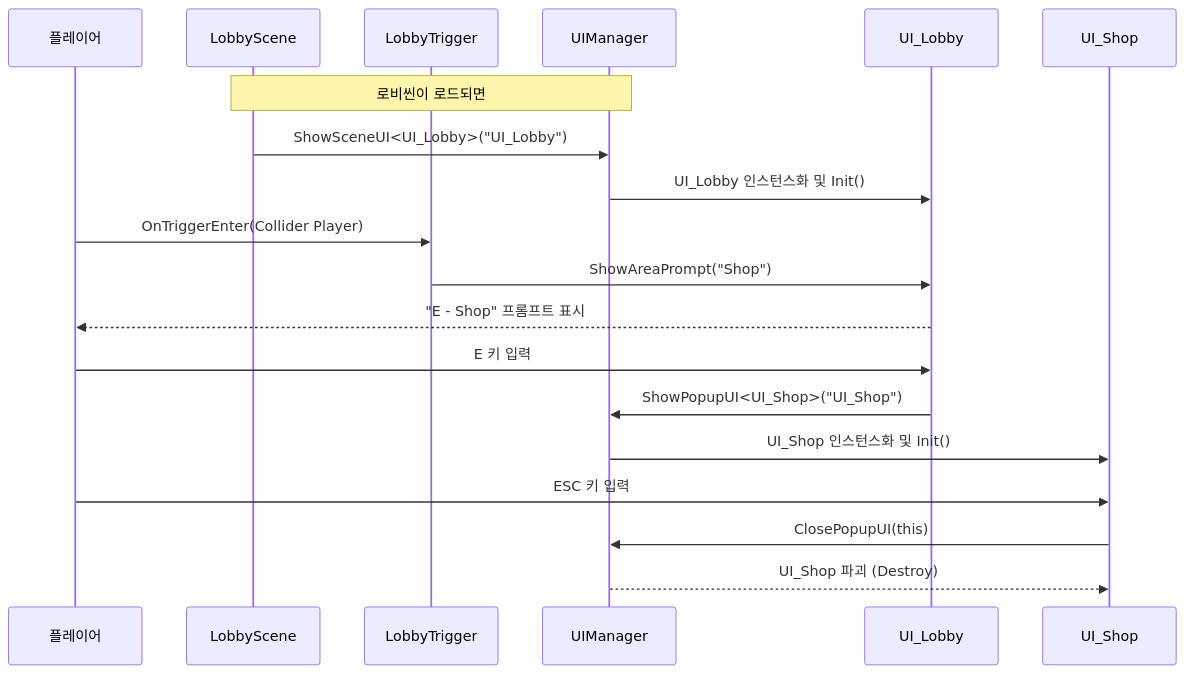
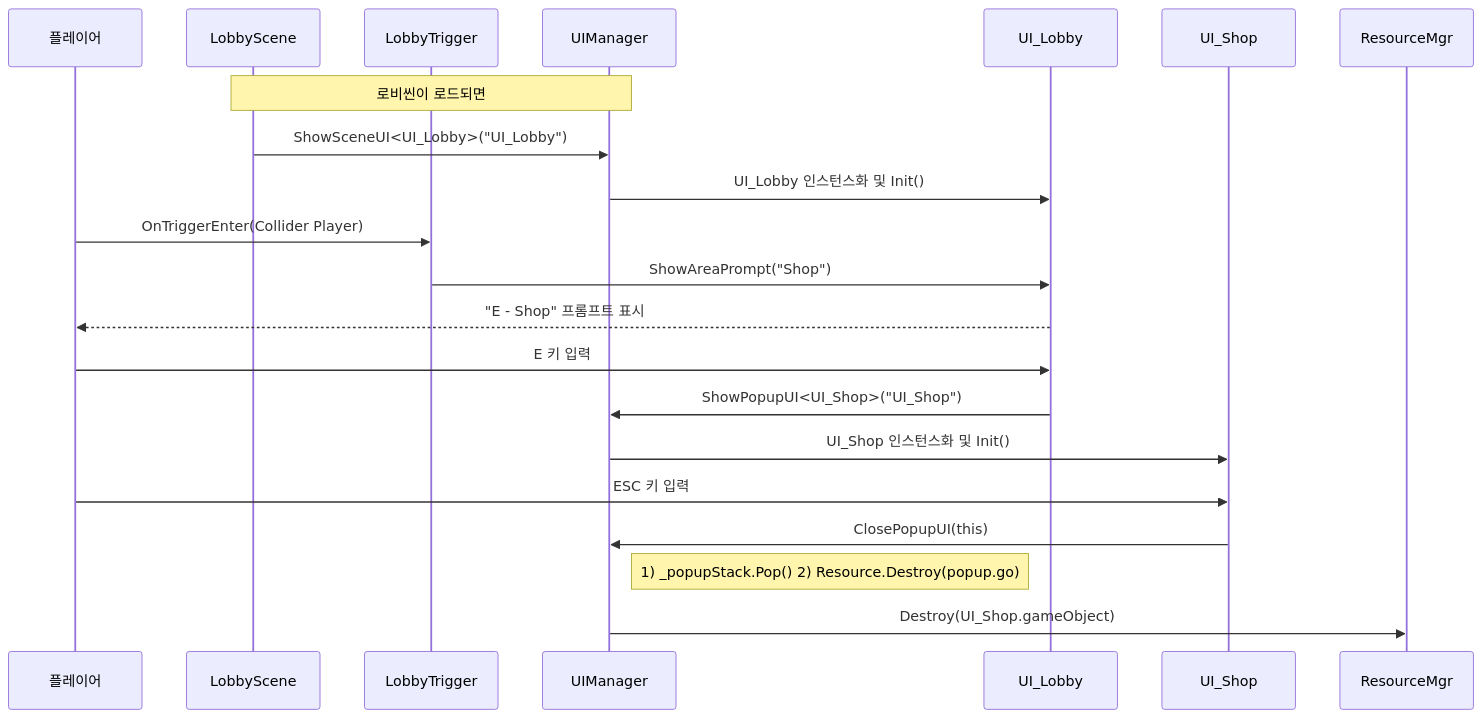
Before and after one commit to heejune1209/Just-climb-: the diagram in UI 시퀀스 다이어그램.md, drawn with Mermaid.

Commit message:
Update UI 시퀀스 다이어그램.md

````diff
--- a/UI 시퀀스 다이어그램.md
+++ b/UI 시퀀스 다이어그램.md
@@ -4,31 +4,32 @@
 ```mermaid
 sequenceDiagram
     %% 참여자 정의
     participant Player     as 플레이어
     participant LobbyScene as LobbyScene
     participant LobbyTrigger as LobbyTrigger
     participant UIManager  as UIManager
     participant UI_Lobby   as UI_Lobby
     participant UI_Shop    as UI_Shop
 
     %% 1) 로비 씬 로드 및 UI_Lobby 생성
     Note over LobbyScene, UIManager: 로비씬이 로드되면
     LobbyScene->>UIManager: ShowSceneUI<UI_Lobby>("UI_Lobby")
     UIManager->>UI_Lobby: UI_Lobby 인스턴스화 및 Init()
 
     %% 2) 플레이어가 Shop 영역에 진입
     Player->>LobbyTrigger: OnTriggerEnter(Collider Player)
     LobbyTrigger->>UI_Lobby: ShowAreaPrompt("Shop")
     UI_Lobby-->>Player: "E - Shop" 프롬프트 표시
 
     %% 3) 플레이어가 E 키 입력 → 상점 팝업 열기
     Player->>UI_Lobby: E 키 입력
     UI_Lobby->>UIManager: ShowPopupUI<UI_Shop>("UI_Shop")
     UIManager->>UI_Shop: UI_Shop 인스턴스화 및 Init()
 
     %% 4) ESC 키 입력 → 팝업 닫기
     Player->>UI_Shop: ESC 키 입력
     UI_Shop->>UIManager: ClosePopupUI(this)
-    UIManager-->>UI_Shop: UI_Shop 파괴 (Destroy)
+    Note right of UIManager: 1) _popupStack.Pop()  2) Resource.Destroy(popup.go)
+    UIManager->>ResourceMgr: Destroy(UI_Shop.gameObject)
 
 ```
````
